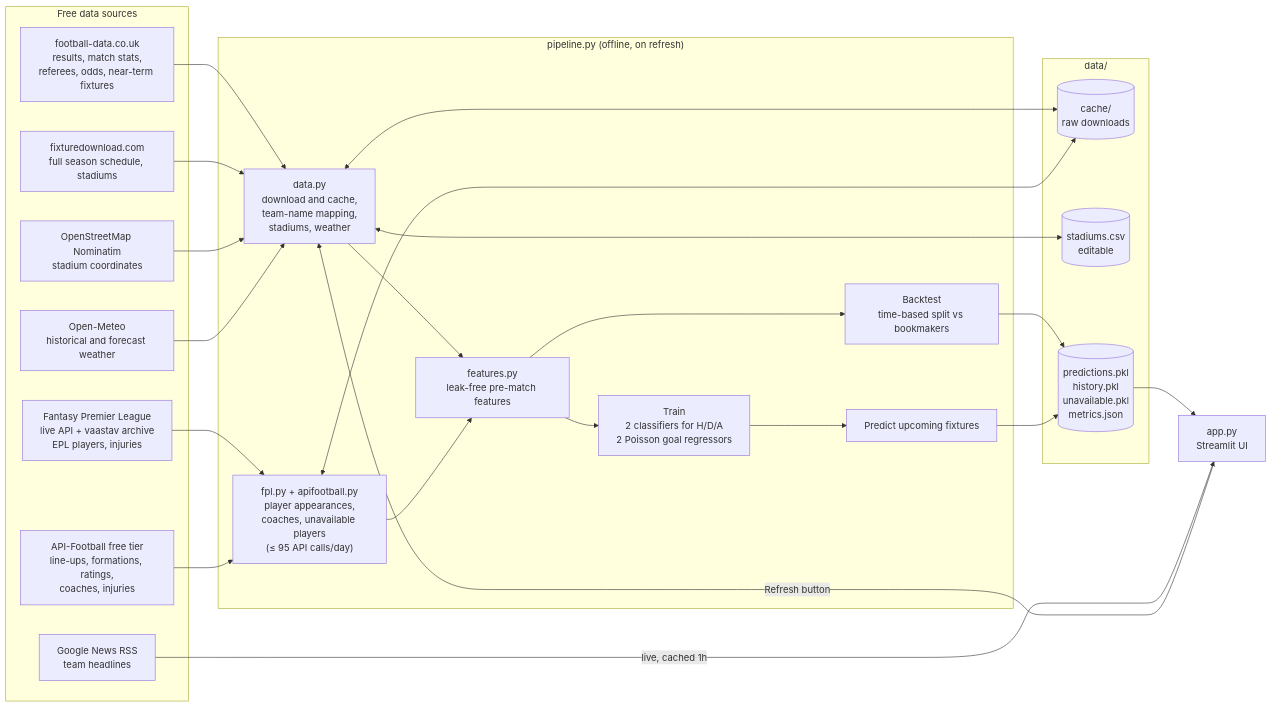
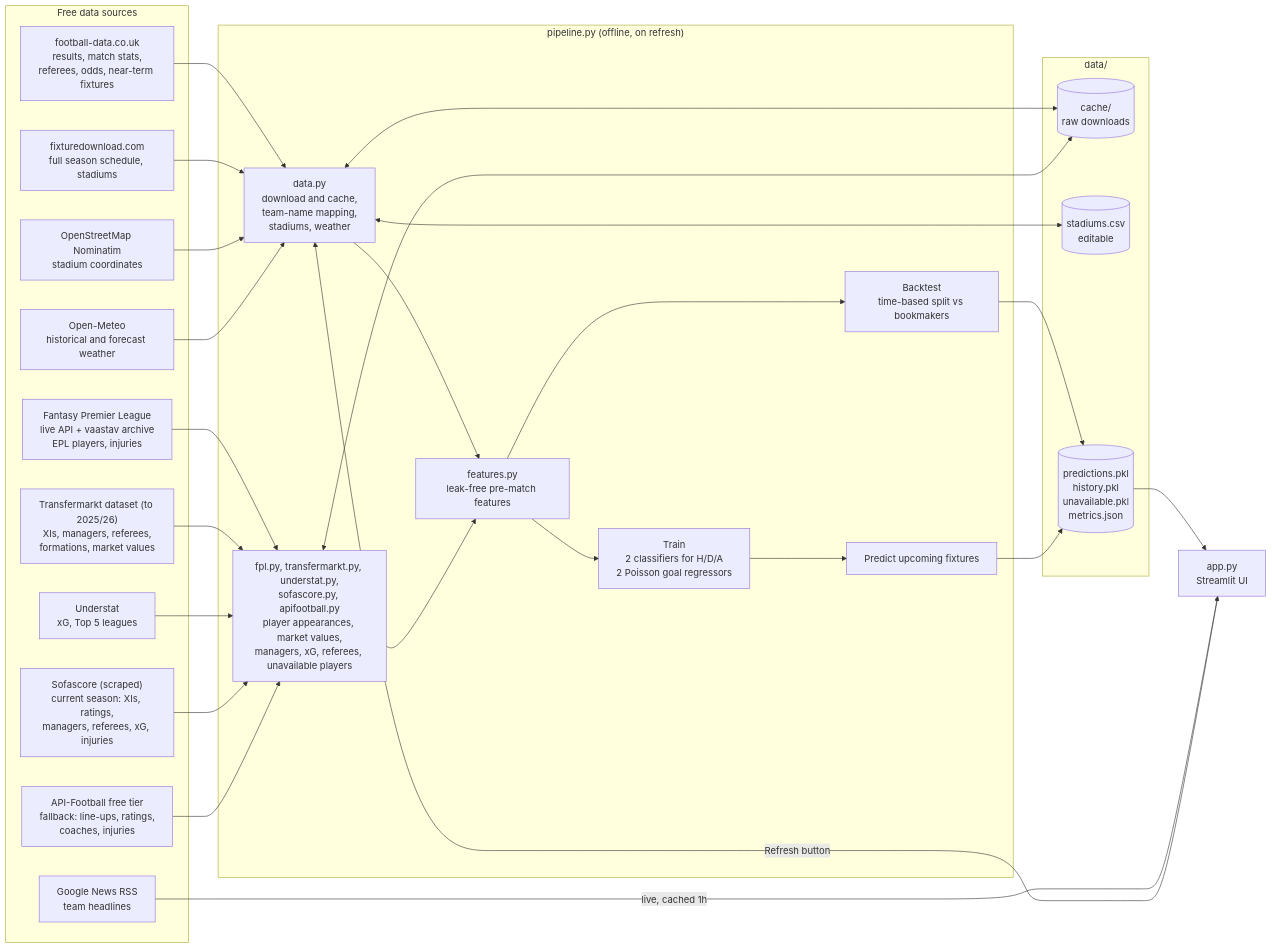
The diagram in README.md (DorukMaltepe/football_oracle), drawn with Mermaid before and after one commit. The commit also changed other lines of this file and 15 other files, not shown here.

````diff
--- a/README.md
+++ b/README.md
@@ -61,47 +82,53 @@
 ```mermaid
 flowchart LR
     subgraph Sources["Free data sources"]
         FD["football-data.co.uk<br/>results, match stats,<br/>referees, odds, near-term fixtures"]
         FX["fixturedownload.com<br/>full season schedule, stadiums"]
         FPL["Fantasy Premier League<br/>live API + vaastav archive<br/>EPL players, injuries"]
-        AF["API-Football free tier<br/>line-ups, formations, ratings,<br/>coaches, injuries"]
+        TM["Transfermarkt dataset (to 2025/26)<br/>XIs, managers, referees,<br/>formations, market values"]
+        US["Understat<br/>xG, Top 5 leagues"]
+        SS["Sofascore (scraped)<br/>current season: XIs, ratings,<br/>managers, referees, xG, injuries"]
+        AF["API-Football free tier<br/>fallback: line-ups, ratings,<br/>coaches, injuries"]
         OSM["OpenStreetMap Nominatim<br/>stadium coordinates"]
         OM["Open-Meteo<br/>historical and forecast weather"]
         GN["Google News RSS<br/>team headlines"]
     end
 
     subgraph Pipeline["pipeline.py (offline, on refresh)"]
         D["data.py<br/>download and cache,<br/>team-name mapping,<br/>stadiums, weather"]
-        PL["fpl.py + apifootball.py<br/>player appearances,<br/>coaches, unavailable players<br/>(≤ 95 API calls/day)"]
+        PL["fpl.py, transfermarkt.py, understat.py,<br/>sofascore.py, apifootball.py<br/>player appearances, market values,<br/>managers, xG, referees, unavailable players"]
         F["features.py<br/>leak-free pre-match features"]
         B["Backtest<br/>time-based split vs bookmakers"]
         T["Train<br/>2 classifiers for H/D/A<br/>2 Poisson goal regressors"]
         P["Predict upcoming fixtures"]
     end
 
     subgraph Store["data/"]
         C[("cache/<br/>raw downloads")]
         S[("stadiums.csv<br/>editable")]
         A[("predictions.pkl<br/>history.pkl<br/>unavailable.pkl<br/>metrics.json")]
     end
 
     UI["app.py<br/>Streamlit UI"]
 
     FD --> D
     FX --> D
     OSM --> D
     OM --> D
     FPL --> PL
+    TM --> PL
+    US --> PL
+    SS --> PL
     AF --> PL
     D <--> C
     PL <--> C
     D <--> S
     D --> F --> B
     PL --> F
     F --> T --> P
     B --> A
     P --> A
     A --> UI
     GN -- "live, cached 1h" --> UI
     UI -- "Refresh button" --> D
 ```
````
